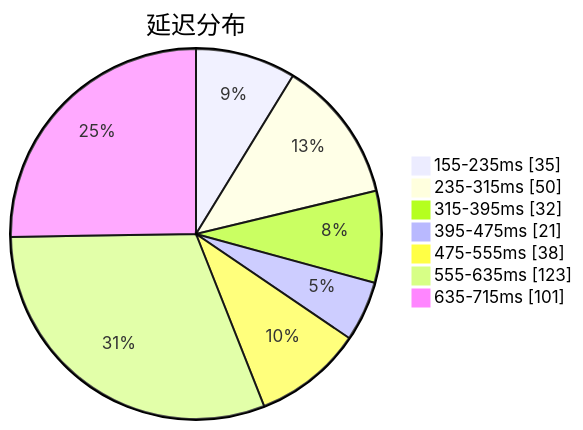
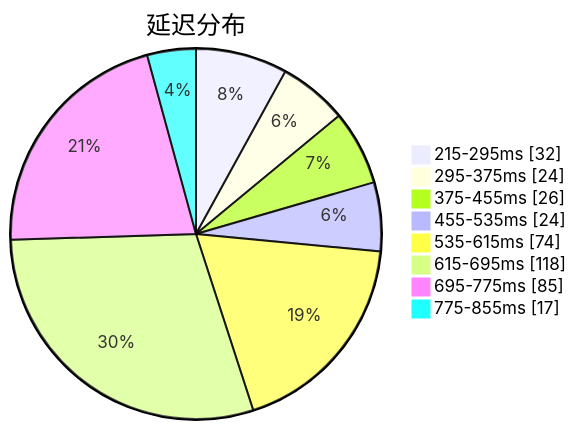
Before and after one commit to qjlxg/airport: the first of 3 diagrams in subs/statistics/tested_within.md, drawn with Mermaid. The commit also changed other lines of this file and 2 other files, not shown here.

Commit message:
Tested by metaST

````diff
--- a/subs/statistics/tested_within.md
+++ b/subs/statistics/tested_within.md
@@ -2,11 +2,12 @@
 ```mermaid
 pie showData
 title 延迟分布
-"155-235ms" : 35
-"235-315ms" : 50
-"315-395ms" : 32
-"395-475ms" : 21
-"475-555ms" : 38
-"555-635ms" : 123
-"635-715ms" : 101
+"215-295ms" : 32
+"295-375ms" : 24
+"375-455ms" : 26
+"455-535ms" : 24
+"535-615ms" : 74
+"615-695ms" : 118
+"695-775ms" : 85
+"775-855ms" : 17
 ```
````
